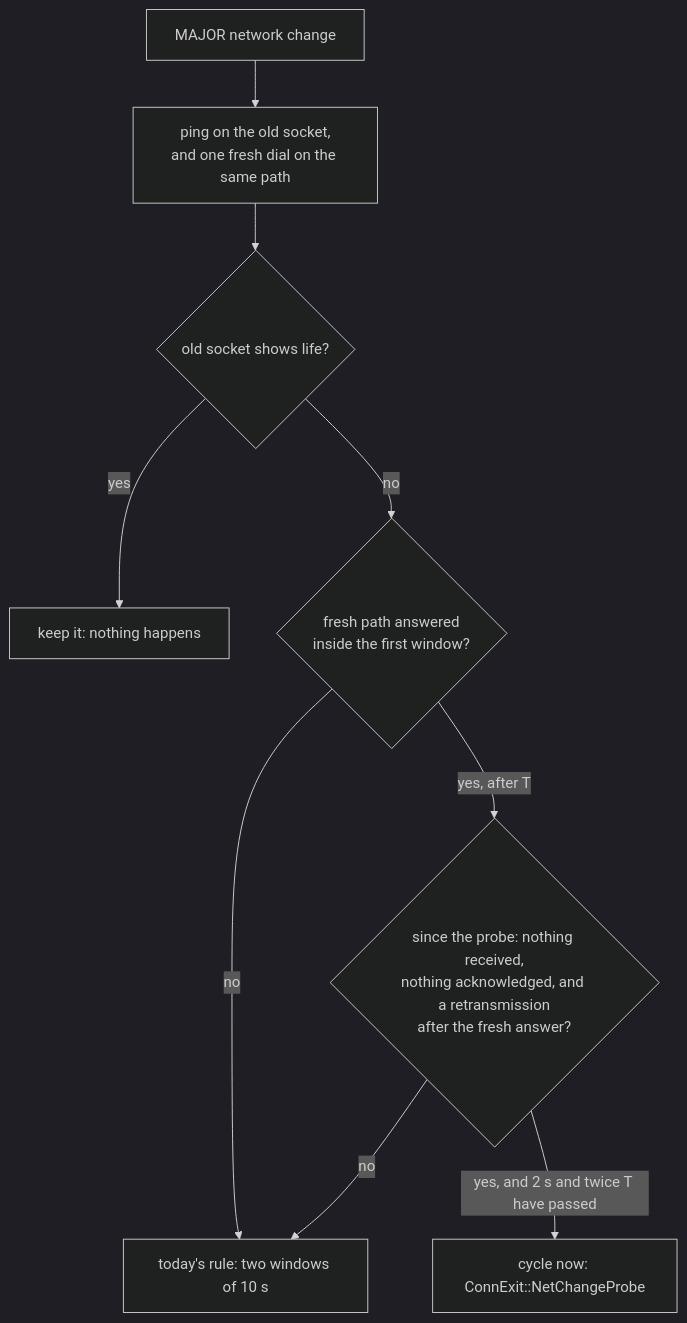
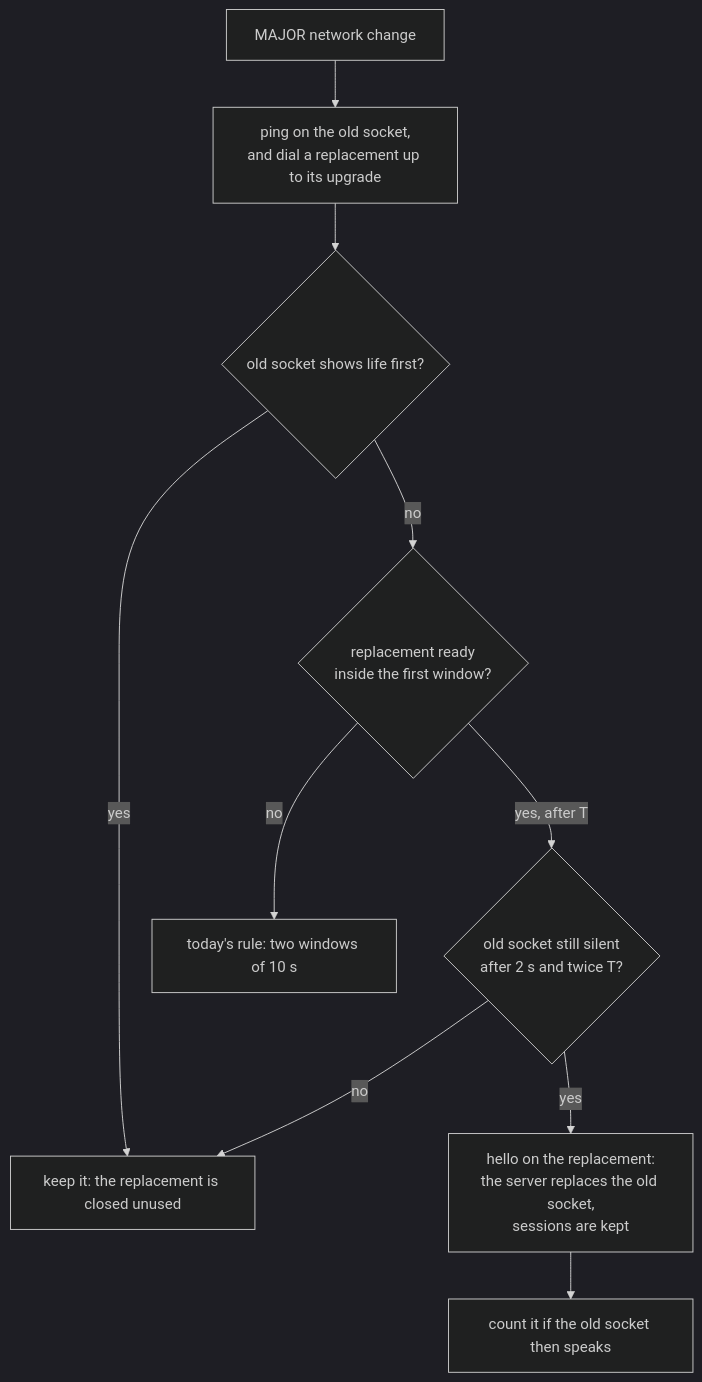
The third of 3 diagrams in docs/fr/FR-22-time-to-first-frame.md (gjovanov/roomler-ai), drawn with Mermaid (dark theme) before and after one commit. The commit also changed other lines of this file and 1 other file, not shown here.

````diff
--- a/docs/fr/FR-22-time-to-first-frame.md
+++ b/docs/fr/FR-22-time-to-first-frame.md
@@ -660,11 +681,12 @@
 ```mermaid
 flowchart TD
-    M[MAJOR network change] --> P["ping on the old socket,<br/>and one fresh dial on the same path"]
-    P --> A{old socket shows life?}
-    A -- yes --> K[keep it: nothing happens]
-    A -- no --> F{"fresh path answered<br/>inside the first window?"}
+    M[MAJOR network change] --> P["ping on the old socket,<br/>and dial a replacement up to its upgrade"]
+    P --> A{old socket shows life first?}
+    A -- yes --> K["keep it: the replacement is closed unused"]
+    A -- no --> F{"replacement ready<br/>inside the first window?"}
     F -- no --> OLD["today's rule: two windows of 10 s"]
-    F -- "yes, after T" --> R{"since the probe: nothing received,<br/>nothing acknowledged, and a retransmission<br/>after the fresh answer?"}
-    R -- no --> OLD
-    R -- "yes, and 2 s and twice T have passed" --> C["cycle now: ConnExit::NetChangeProbe"]
+    F -- "yes, after T" --> R{"old socket still silent<br/>after 2 s and twice T?"}
+    R -- no --> K
+    R -- yes --> H["hello on the replacement:<br/>the server replaces the old socket,<br/>sessions are kept"]
+    H --> C["count it if the old socket then speaks"]
 ```
````
